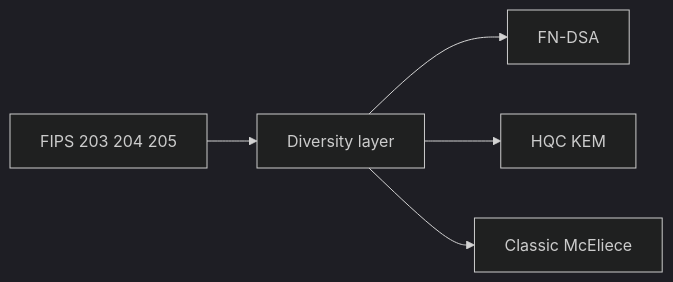
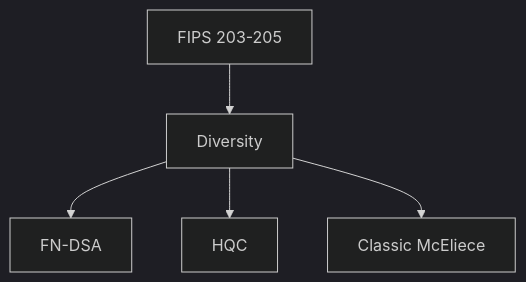
The first of 2 diagrams in manuscript/chapters/14-additional-candidates.md (kalyogyogi-ui/Ai-check-), drawn with Mermaid (dark theme) before and after one commit. The commit also changed other lines of this file and 31 other files, not shown here.

First line of the commit message:
Fix figure placement: in-section after intro text, repair corrupted headings

````diff
--- a/manuscript/chapters/14-additional-candidates.md
+++ b/manuscript/chapters/14-additional-candidates.md
@@ -7,7 +18,7 @@
 ```mermaid
-flowchart LR
-  CORE[FIPS 203 204 205] --> DIV[Diversity layer]
+flowchart TB
+  CORE[FIPS 203-205] --> DIV[Diversity]
   DIV --> FN[FN-DSA]
-  DIV --> HQC[HQC KEM]
+  DIV --> HQC[HQC]
   DIV --> MCE[Classic McEliece]
 ```
````
